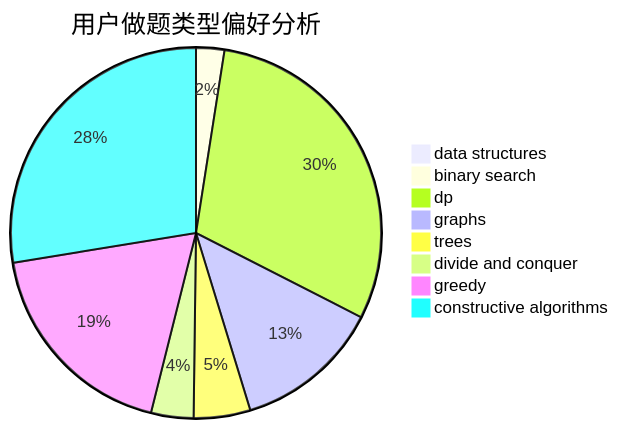
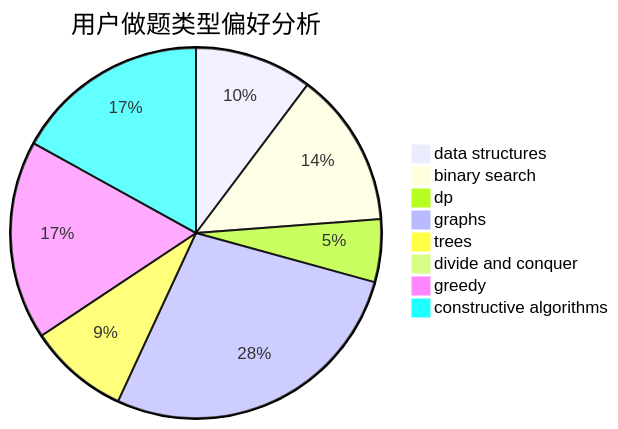
Before and after one commit to sherpahu/cfrs.github.io: the second of 3 diagrams in docs/user/u335.md, drawn with Mermaid. The commit also changed other lines of this file and 2770 other files, not shown here.

````diff
--- a/docs/user/u335.md
+++ b/docs/user/u335.md
@@ -23,11 +23,11 @@
 ```mermaid
 pie title 用户做题类型偏好分析
-    "data structures" :  0
-    "binary search" :  6
-    "dp" :  73
-    "graphs" :  31
-    "trees" :  12
-    "divide and conquer" :  9
-    "greedy" :  45
-    "constructive algorithms" :  67
+    "data structures" :  75
+    "binary search" :  99
+    "dp" :  40
+    "graphs" :  202
+    "trees" :  64
+    "divide and conquer" :  1
+    "greedy" :  127
+    "constructive algorithms" :  124
 ```
````
